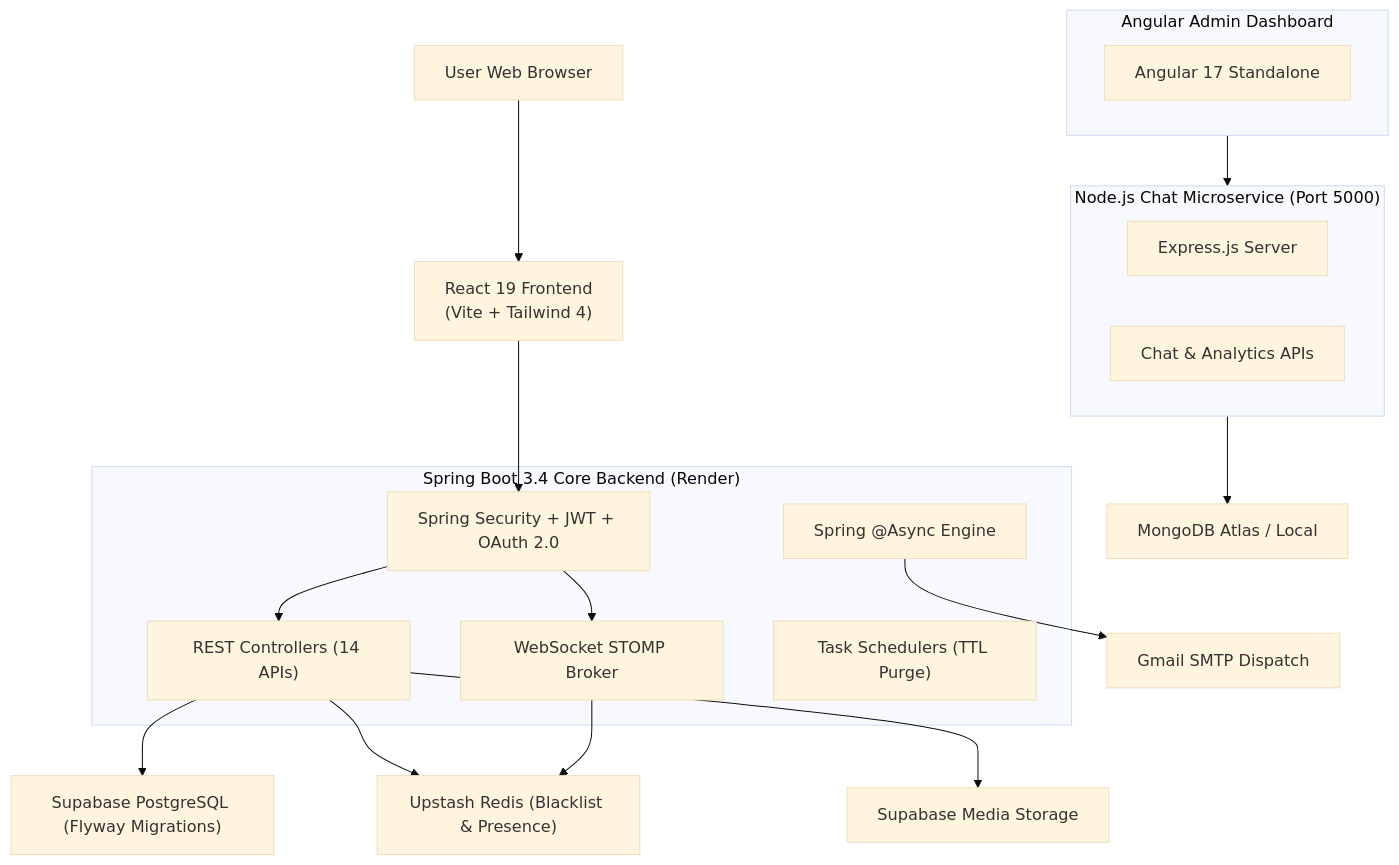
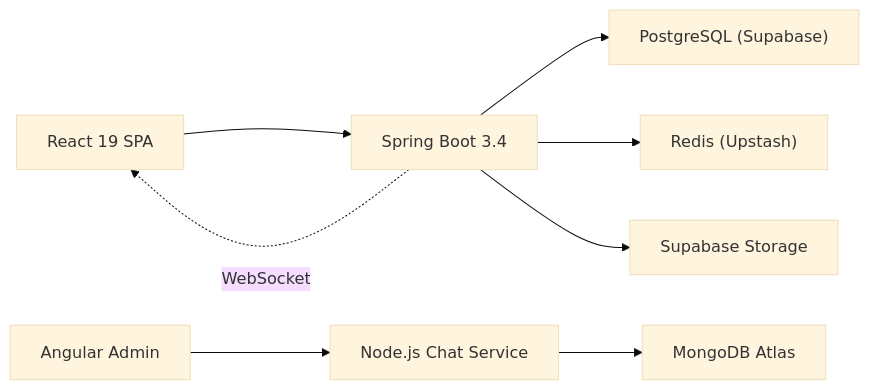
Before and after one commit to Jayanand07/Friends-Hub: the diagram in README.md, drawn with Mermaid (base theme). The commit also changed other lines of this file and 4 other files, not shown here.

Commit message:
fix(security & mail): harden SMTP dispatch, add WebSocket message rate limiting, and optimize Actuator health checks

````diff
--- a/README.md
+++ b/README.md
@@ -70,33 +44,10 @@
 ```mermaid
-flowchart TD
-    client["User Web Browser"] --> reactApp["React 19 Frontend<br/>(Vite + Tailwind 4)"]
-
-    subgraph SpringBoot["Spring Boot 3.4 Core Backend (Render)"]
-        security["Spring Security + JWT + OAuth 2.0"]
-        controllers["REST Controllers (14 APIs)"]
-        stompWs["WebSocket STOMP Broker"]
-        asyncEngine["Spring @Async Engine"]
-        schedulers["Task Schedulers (TTL Purge)"]
-    end
-
-    subgraph NodeService["Node.js Chat Microservice (Port 5000)"]
-        expressApp["Express.js Server"]
-        chatRouter["Chat & Analytics APIs"]
-    end
-
-    subgraph AdminPortal["Angular Admin Dashboard"]
-        ngDashboard["Angular 17 Standalone"]
-    end
-
-    reactApp --> security
-    security --> controllers
-    security --> stompWs
-    controllers --> postgres["Supabase PostgreSQL (Flyway Migrations)"]
-    controllers --> redis["Upstash Redis (Blacklist & Presence)"]
-    controllers --> supabaseStorage["Supabase Media Storage"]
-    asyncEngine --> smtpMail["Gmail SMTP Dispatch"]
-    stompWs --> redis
-
-    AdminPortal --> NodeService
-    NodeService --> mongoAtlas["MongoDB Atlas / Local"]
+flowchart LR
+    Browser["React 19 SPA"] --> Boot["Spring Boot 3.4"]
+    Boot --> PG["PostgreSQL (Supabase)"]
+    Boot --> Redis["Redis (Upstash)"]
+    Boot --> Storage["Supabase Storage"]
+    Boot -.->|WebSocket| Browser
+    AdminUI["Angular Admin"] --> Node["Node.js Chat Service"]
+    Node --> Mongo["MongoDB Atlas"]
 ```
````
